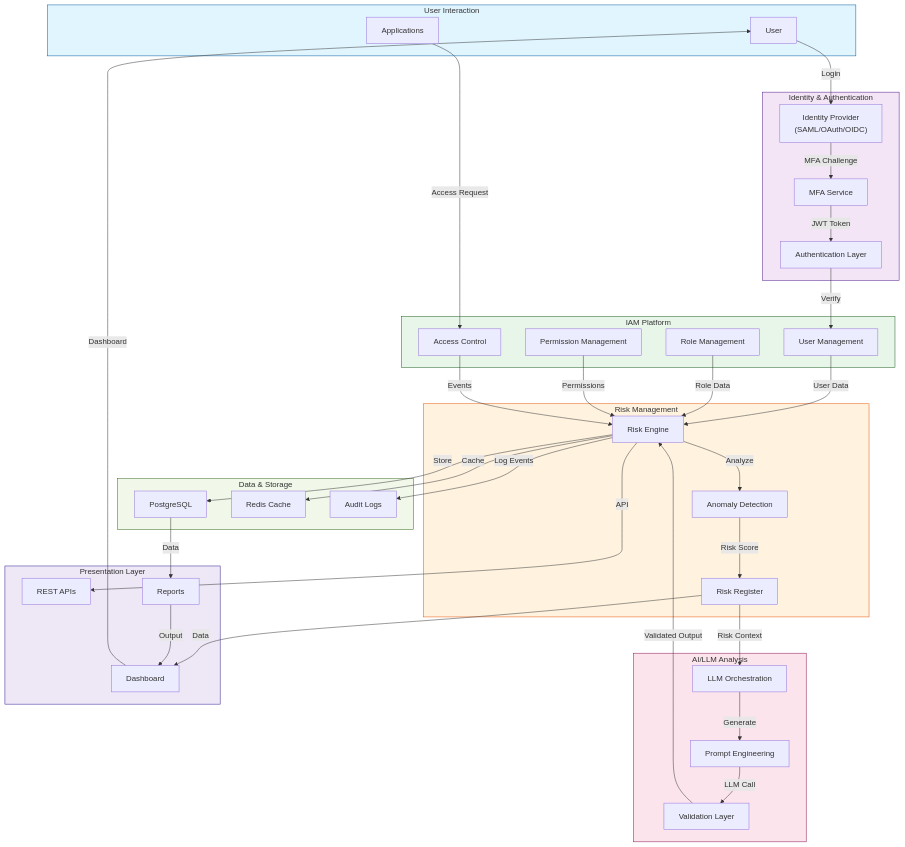
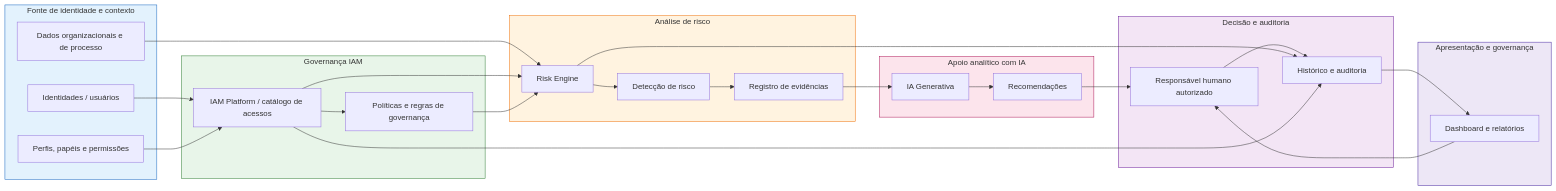
The diagram in diagrams/architecture.mmd (XavierCleison/identity-risk-governance), drawn with Mermaid before and after one commit. The commit also changed 3 other files, not shown here.

Commit message:
docs: improve architecture discovery diagrams

```diff
--- a/diagrams/architecture.mmd
+++ b/diagrams/architecture.mmd
@@ -1,80 +1,55 @@
-graph TB
-    subgraph Users["User Interaction"]
-        U["User"]
-        E["Applications"]
+graph LR
+    subgraph Origins["Fonte de identidade e contexto"]
+        U["Identidades / usuários"]
+        P["Perfis, papéis e permissões"]
+        ORG["Dados organizacionais e de processo"]
     end
 
-    subgraph Identity["Identity & Authentication"]
-        IDP["Identity Provider<br/>(SAML/OAuth/OIDC)"]
-        MFA["MFA Service"]
-        AUT["Authentication Layer"]
+    subgraph IAM["Governança IAM"]
+        CMP["IAM Platform / catálogo de acessos"]
+        POL["Políticas e regras de governança"]
     end
 
-    subgraph IAM["IAM Platform"]
-        UP["User Management"]
-        RM["Role Management"]
-        PM["Permission Management"]
-        AC["Access Control"]
+    subgraph Risk["Análise de risco"]
+        RE["Risk Engine"]
+        DET["Detecção de risco"]
+        EVI["Registro de evidências"]
     end
 
-    subgraph Risk["Risk Management"]
-        RE["Risk Engine"]
-        AM["Anomaly Detection"]
-        RR["Risk Register"]
+    subgraph AI["Apoio analítico com IA"]
+        LLM["IA Generativa"]
+        REC["Recomendações"]
     end
 
-    subgraph AI["AI/LLM Analysis"]
-        LLMM["LLM Orchestration"]
-        PROMPT["Prompt Engineering"]
-        VAL["Validation Layer"]
+    subgraph Governance["Decisão e auditoria"]
+        HUM["Responsável humano autorizado"]
+        AUD["Histórico e auditoria"]
     end
 
-    subgraph Storage["Data & Storage"]
-        PG["PostgreSQL"]
-        RD["Redis Cache"]
-        LOG["Audit Logs"]
+    subgraph Pres["Apresentação e governança"]
+        DASH["Dashboard e relatórios"]
     end
 
-    subgraph Presentation["Presentation Layer"]
-        DASH["Dashboard"]
-        API["REST APIs"]
-        REPORT["Reports"]
-    end
+    U --> CMP
+    P --> CMP
+    ORG --> RE
+    CMP --> RE
+    RE --> DET
+    DET --> EVI
+    EVI --> LLM
+    LLM --> REC
+    REC --> HUM
+    HUM --> AUD
+    RE --> AUD
+    CMP --> AUD
+    AUD --> DASH
+    DASH --> HUM
+    CMP --> POL
+    POL --> RE
 
-    U -->|Login| IDP
-    IDP -->|MFA Challenge| MFA
-    MFA -->|JWT Token| AUT
-    AUT -->|Verify| UP
-    E -->|Access Request| AC
-
-    UP -->|User Data| RE
-    RM -->|Role Data| RE
-    PM -->|Permissions| RE
-    AC -->|Events| RE
-
-    RE -->|Analyze| AM
-    AM -->|Risk Score| RR
-    RR -->|Risk Context| LLMM
-
-    LLMM -->|Generate| PROMPT
-    PROMPT -->|LLM Call| VAL
-    VAL -->|Validated Output| RE
-
-    RE -->|Store| PG
-    RE -->|Cache| RD
-    RE -->|Log Events| LOG
-
-    RR -->|Data| DASH
-    RE -->|API| API
-    PG -->|Data| REPORT
-
-    DASH -->|Dashboard| U
-    REPORT -->|Output| DASH
-    
-    style Users fill:#e1f5ff,stroke:#01579b
-    style Identity fill:#f3e5f5,stroke:#4a148c
-    style IAM fill:#e8f5e9,stroke:#1b5e20
-    style Risk fill:#fff3e0,stroke:#e65100
-    style AI fill:#fce4ec,stroke:#880e4f
-    style Storage fill:#f1f8e9,stroke:#33691e
-    style Presentation fill:#ede7f6,stroke:#311b92
+    style Origins fill:#e3f2fd,stroke:#1565c0
+    style IAM fill:#e8f5e9,stroke:#2e7d32
+    style Risk fill:#fff3e0,stroke:#ef6c00
+    style AI fill:#fce4ec,stroke:#ad1457
+    style Governance fill:#f3e5f5,stroke:#6a1b9a
+    style Pres fill:#ede7f6,stroke:#4527a0
```
